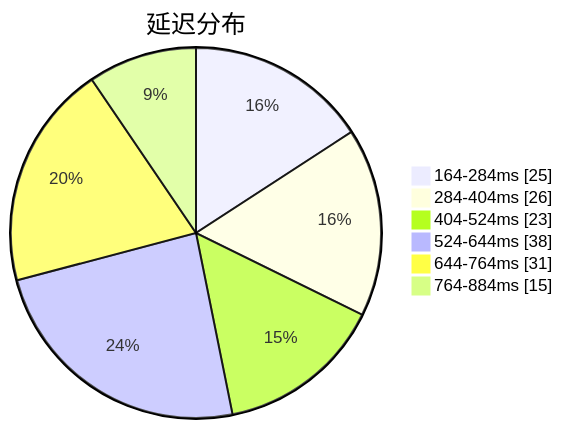
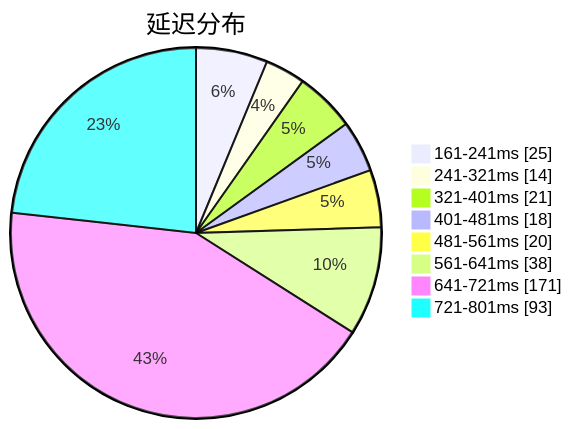
The first of 3 diagrams in subs/statistics/tested_within.md (qjlxg/airport), drawn with Mermaid before and after one commit. The commit also changed other lines of this file and 2 other files, not shown here.

````diff
--- a/subs/statistics/tested_within.md
+++ b/subs/statistics/tested_within.md
@@ -2,10 +2,12 @@
 ```mermaid
 pie showData
 title 延迟分布
-"164-284ms" : 25
-"284-404ms" : 26
-"404-524ms" : 23
-"524-644ms" : 38
-"644-764ms" : 31
-"764-884ms" : 15
+"161-241ms" : 25
+"241-321ms" : 14
+"321-401ms" : 21
+"401-481ms" : 18
+"481-561ms" : 20
+"561-641ms" : 38
+"641-721ms" : 171
+"721-801ms" : 93
 ```
````
